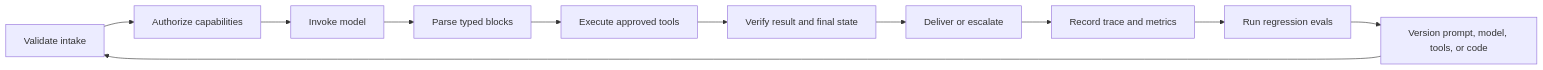
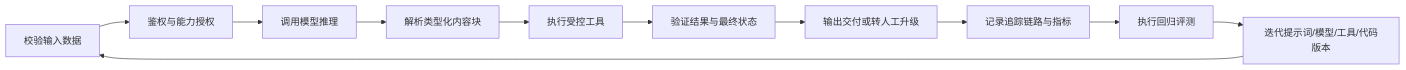
Before and after one commit to cluster1900/ai-engineering-from-scratch-zh: the second of 2 diagrams in certifications/claude/lessons/08-messages-api-and-application-lifecycle/docs/en.md, drawn with Mermaid. The commit also changed other lines of this file and 187 other files, not shown here.

````diff
--- a/certifications/claude/lessons/08-messages-api-and-application-lifecycle/docs/en.md
+++ b/certifications/claude/lessons/08-messages-api-and-application-lifecycle/docs/en.md
@@ -315,13 +317,13 @@
 ```mermaid
 flowchart LR
-    Intake[Validate intake] --> Authorize[Authorize capabilities]
-    Authorize --> Invoke[Invoke model]
-    Invoke --> Parse[Parse typed blocks]
-    Parse --> Act[Execute approved tools]
-    Act --> Verify[Verify result and final state]
-    Verify --> Deliver[Deliver or escalate]
-    Deliver --> Observe[Record trace and metrics]
-    Observe --> Evaluate[Run regression evals]
-    Evaluate --> Improve[Version prompt, model, tools, or code]
+    Intake[校验输入数据] --> Authorize[鉴权与能力授权]
+    Authorize --> Invoke[调用模型推理]
+    Invoke --> Parse[解析类型化内容块]
+    Parse --> Act[执行受控工具]
+    Act --> Verify[验证结果与最终状态]
+    Verify --> Deliver[输出交付或转人工升级]
+    Deliver --> Observe[记录追踪链路与指标]
+    Observe --> Evaluate[执行回归评测]
+    Evaluate --> Improve[迭代提示词/模型/工具/代码版本]
     Improve --> Intake
 ```
````
